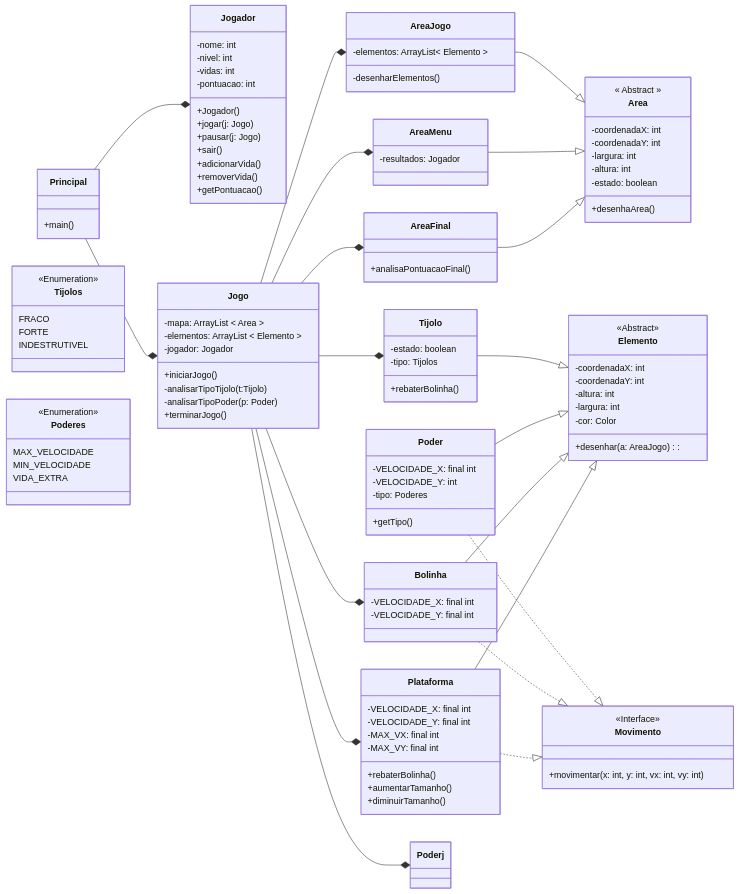
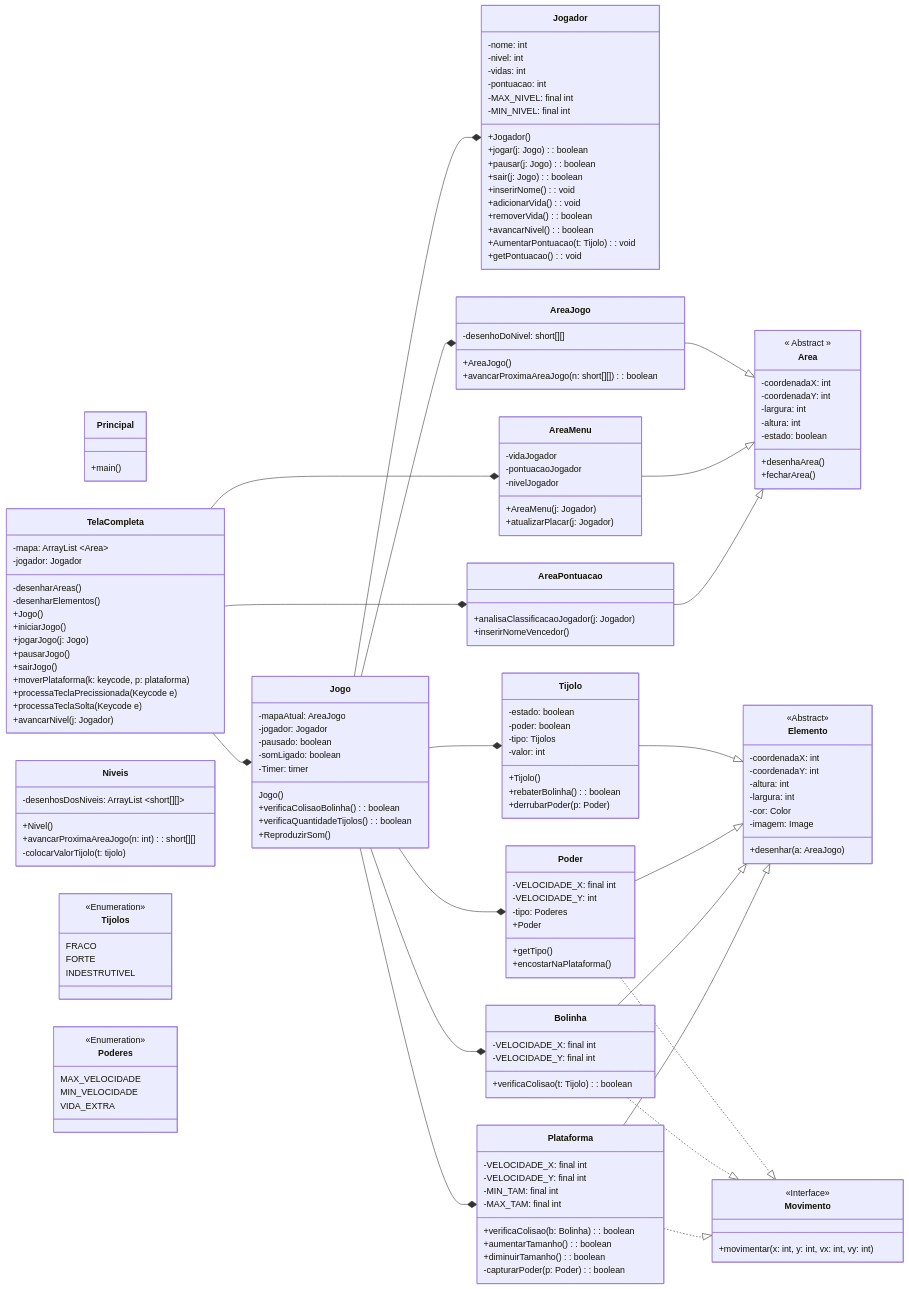
The diagram in proj-02/diagrama.md (luizakuze/POO), drawn with Mermaid before and after one commit. The commit also changed 19 other files, not shown here.

```diff
--- a/proj-02/diagrama.md
+++ b/proj-02/diagrama.md
@@ -4,39 +4,92 @@
 classDiagram
     direction LR
 
+    class Principal {
 
+        +main()
+    }
 
+    class TelaCompleta {
+        -mapa: ArrayList ~Area~
+        -jogador: Jogador
+        -desenharAreas()
+        -desenharElementos()
+        +Jogo()
+        +iniciarJogo()
+        +jogarJogo(j: Jogo)
+        +pausarJogo()
+        +sairJogo()
+        +moverPlataforma(k: keycode, p: plataforma)
+        +processaTeclaPrecissionada(Keycode e)
+        +processaTeclaSolta(Keycode e)
+        +avancarNivel(j: Jogador)
+    }
 
-    class Principal {
-        +main()
+    class Jogo {
+        -mapaAtual: AreaJogo
+        -jogador: Jogador
+        -pausado: boolean
+        -somLigado: boolean
+        -Timer: timer
+        Jogo()
+        +verificaColisaoBolinha(): boolean
+        +verificaQuantidadeTijolos(): boolean
+        +ReproduzirSom()
+    }
+
+    class Jogador {
+        -nome: int
+        -nivel: int
+        -vidas: int
+        -pontuacao: int  
+        -MAX_NIVEL: final int
+        -MIN_NIVEL: final int
+        +Jogador()
+        +jogar(j: Jogo): boolean
+        +pausar(j: Jogo): boolean
+        +sair(j: Jogo): boolean
+        +inserirNome(): void
+        +adicionarVida(): void
+        +removerVida(): boolean
+        +avancarNivel(): boolean
+        +AumentarPontuacao(t: Tijolo): void
+        +getPontuacao(): void
     }
 
     class Plataforma{
         -VELOCIDADE_X: final int
         -VELOCIDADE_Y: final int
-        -MAX_VX: final int
-        -MAX_VY: final int
-        +rebaterBolinha()
-        +aumentarTamanho()
-        +diminuirTamanho()
+        -MIN_TAM: final int
+        -MAX_TAM: final int
+        +verificaColisao(b: Bolinha): boolean
+        +aumentarTamanho(): boolean
+        +diminuirTamanho(): boolean
+        -capturarPoder(p: Poder): boolean
     } 
     
     class Bolinha {
         -VELOCIDADE_X: final int
         -VELOCIDADE_Y: final int
+        +verificaColisao(t: Tijolo): boolean
     } 
 
     class Tijolo {
         -estado: boolean
+        -poder: boolean
         -tipo: Tijolos
-        +rebaterBolinha()
+        -valor: int
+        +Tijolo()
+        +rebaterBolinha(): boolean
+        +derrubarPoder(p: Poder)
     }
 
     class Poder {
         -VELOCIDADE_X: final int
         -VELOCIDADE_Y: int
         -tipo: Poderes
+        +Poder
         +getTipo()
+        +encostarNaPlataforma()
     }
 
     class Elemento {
@@ -45,10 +98,9 @@
         -coordenadaY: int
         -altura: int
         -largura: int
-
         -cor: Color
-    
-        +desenhar(a: AreaJogo): 
+        -imagem: Image
+        +desenhar(a: AreaJogo)
     }
 
     class Area {
@@ -59,45 +111,35 @@
         -altura: int
         -estado: boolean
         +desenhaArea()
+        +fecharArea()
+    }
+
+    class AreaMenu {
+        -vidaJogador
+        -pontuacaoJogador
+        -nivelJogador
+        +AreaMenu(j: Jogador)
+        +atualizarPlacar(j: Jogador)
+    }
+
+    class AreaPontuacao {
+        +analisaClassificacaoJogador(j: Jogador)
+        +inserirNomeVencedor()
     }
 
     class AreaJogo {
-        -elementos: ArrayList< Elemento >
-        -desenharElementos()
+        -desenhoDoNivel: short[][]
+        +AreaJogo()
+        +avancarProximaAreaJogo(n: short[][]): boolean
     }
 
-    class Jogador {
-        -nome: int
-        -nivel: int
-        -vidas: int
-        -pontuacao: int  
-        +Jogador()
-        +jogar(j: Jogo)
-        +pausar(j: Jogo)
-        +sair()
-        +adicionarVida()
-        +removerVida()
-        +getPontuacao()
-
+    class Niveis {
+        -desenhosDosNiveis: ArrayList ~short[][]~
+        +Nivel()
+        +avancarProximaAreaJogo(n: int): short[][]
+        -colocarValorTijolo(t: tijolo)
     }
 
-    class AreaMenu {
-        -resultados: Jogador
-    }
-
-    class AreaFinal {
-        +analisaPontuacaoFinal()
-    }
-
-    class Jogo{
-        -mapa: ArrayList < Area >
-        -elementos: ArrayList < Elemento >
-        -jogador: Jogador
-        +iniciarJogo()
-        -analisarTipoTijolo(t:Tijolo)
-        -analisarTipoPoder(p: Poder)
-        +terminarJogo()
-    }
     class Tijolos {
         <<Enumeration>>
         FRACO
@@ -117,6 +159,8 @@
         +movimentar(x: int, y: int, vx: int, vy: int)
     }
 
+
+
     Tijolo --|> Elemento
     Poder --|> Elemento
     Bolinha --|> Elemento
@@ -128,18 +172,19 @@
 
     AreaJogo --|> Area 
     AreaMenu --|> Area 
-    AreaFinal --|> Area 
+    AreaPontuacao --|> Area 
 
-    Principal --* Jogo
-    Principal --* Jogador
+    TelaCompleta --* AreaMenu
+    TelaCompleta --* AreaPontuacao
+    TelaCompleta --* Jogo
 
-    Jogo --* AreaJogo
-    Jogo --* AreaMenu
-    Jogo --* AreaFinal
+    Jogo --* Jogador
     Jogo --* Plataforma
     Jogo --* Bolinha
+    Jogo --* Poder
     Jogo --* Tijolo
-    Jogo --* Poderj
+    Jogo --* AreaJogo
+
 
 
 
```
